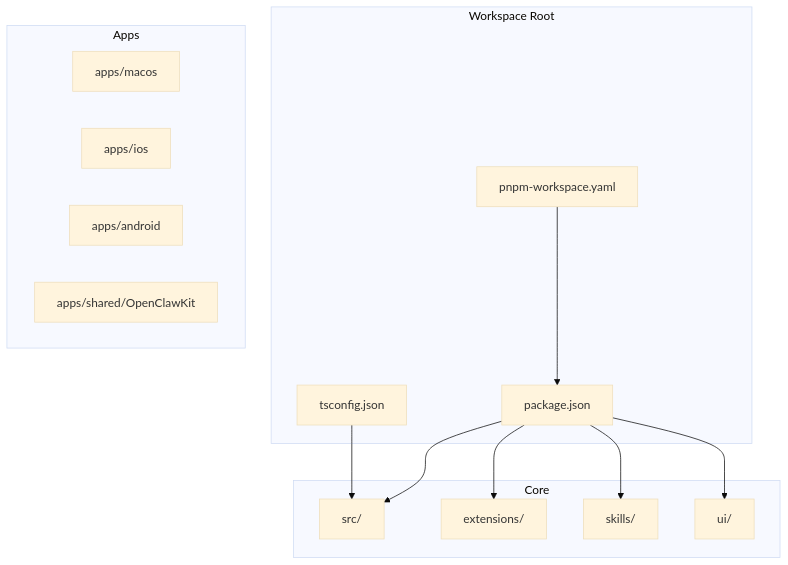
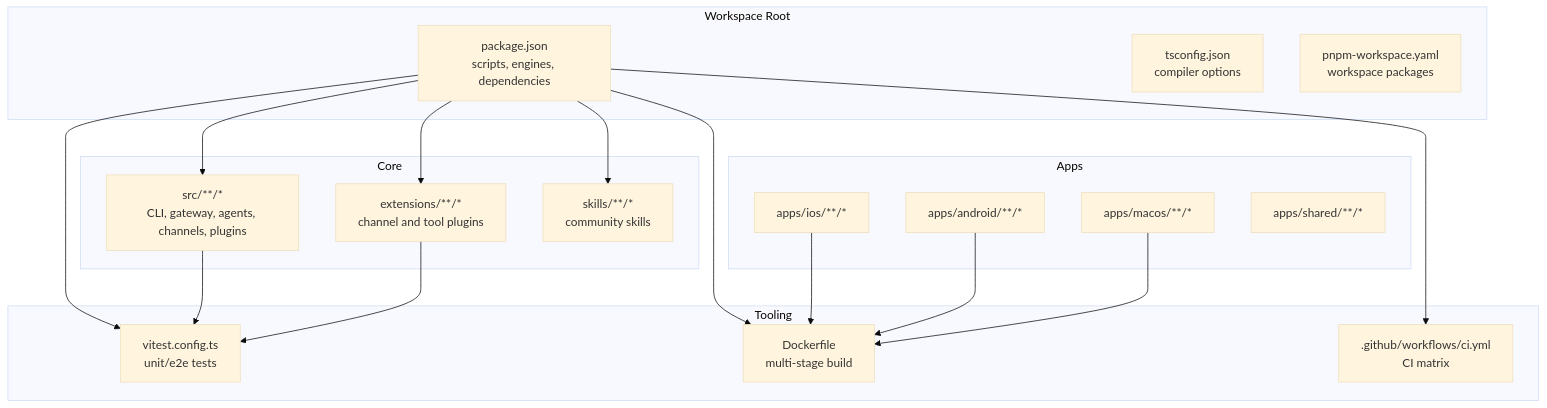
One commit to botx-work/OpenClaw-Internals changed the first of 6 diagrams in repowiki/en/content/Development Guide.md. Above: the diagram before and after it, drawn with Mermaid (base theme). The commit also changed other lines of this file and 332 other files, not shown here.

````diff
--- a/repowiki/en/content/Development Guide.md
+++ b/repowiki/en/content/Development Guide.md
@@ -49,26 +43,35 @@
 ```mermaid
 graph TB
 subgraph "Workspace Root"
-P["package.json"]
-W["pnpm-workspace.yaml"]
-T["tsconfig.json"]
+PKG["package.json<br/>scripts, engines, dependencies"]
+CFG["tsconfig.json<br/>compiler options"]
+WSP["pnpm-workspace.yaml<br/>workspace packages"]
+end
+subgraph "Core"
+SRC["src/**/*<br/>CLI, gateway, agents, channels, plugins"]
+EXT["extensions/**/*<br/>channel and tool plugins"]
+SKL["skills/**/*<br/>community skills"]
 end
 subgraph "Apps"
-MAC["apps/macos"]
-IOS["apps/ios"]
-AND["apps/android"]
-SHARE["apps/shared/OpenClawKit"]
+IOS["apps/ios/**/*"]
+AND["apps/android/**/*"]
+MAC["apps/macos/**/*"]
+SHARED["apps/shared/**/*"]
 end
-subgraph "Core"
-SRC["src/"]
-EXT["extensions/"]
-SKL["skills/"]
-UI["ui/"]
+subgraph "Tooling"
+VIT["vitest.config.ts<br/>unit/e2e tests"]
+DOCK["Dockerfile<br/>multi-stage build"]
+CI[".github/workflows/ci.yml<br/>CI matrix"]
 end
-P --> SRC
-P --> EXT
-P --> SKL
-P --> UI
-W --> P
-T --> SRC
+PKG --> SRC
+PKG --> EXT
+PKG --> SKL
+PKG --> VIT
+PKG --> DOCK
+PKG --> CI
+SRC --> VIT
+EXT --> VIT
+IOS --> DOCK
+AND --> DOCK
+MAC --> DOCK
 ```
````
